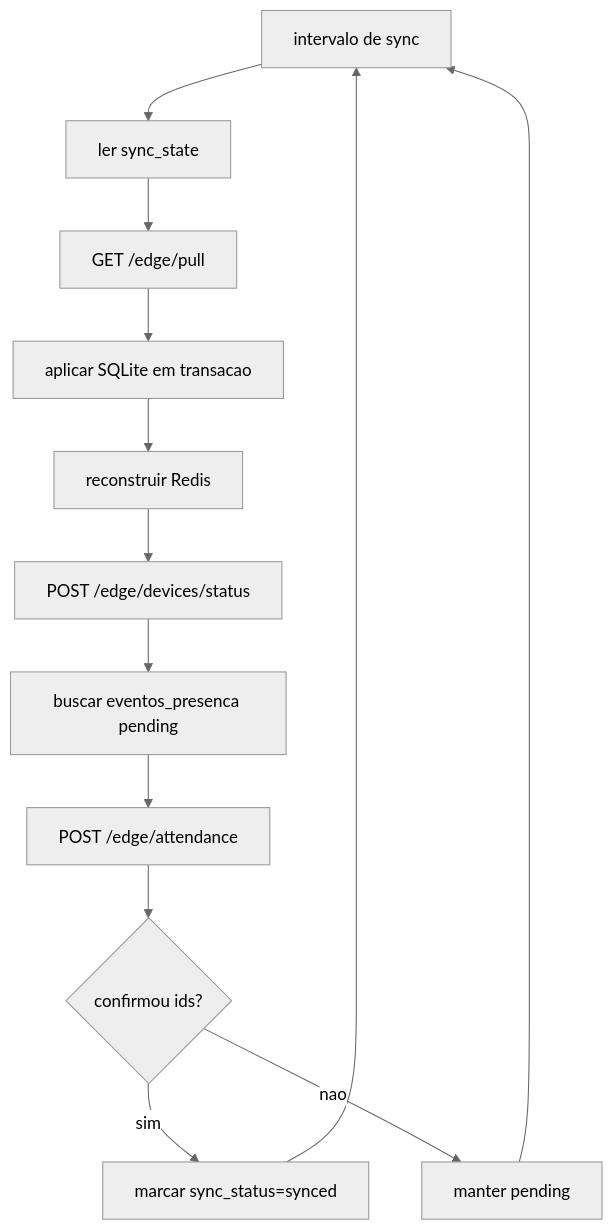
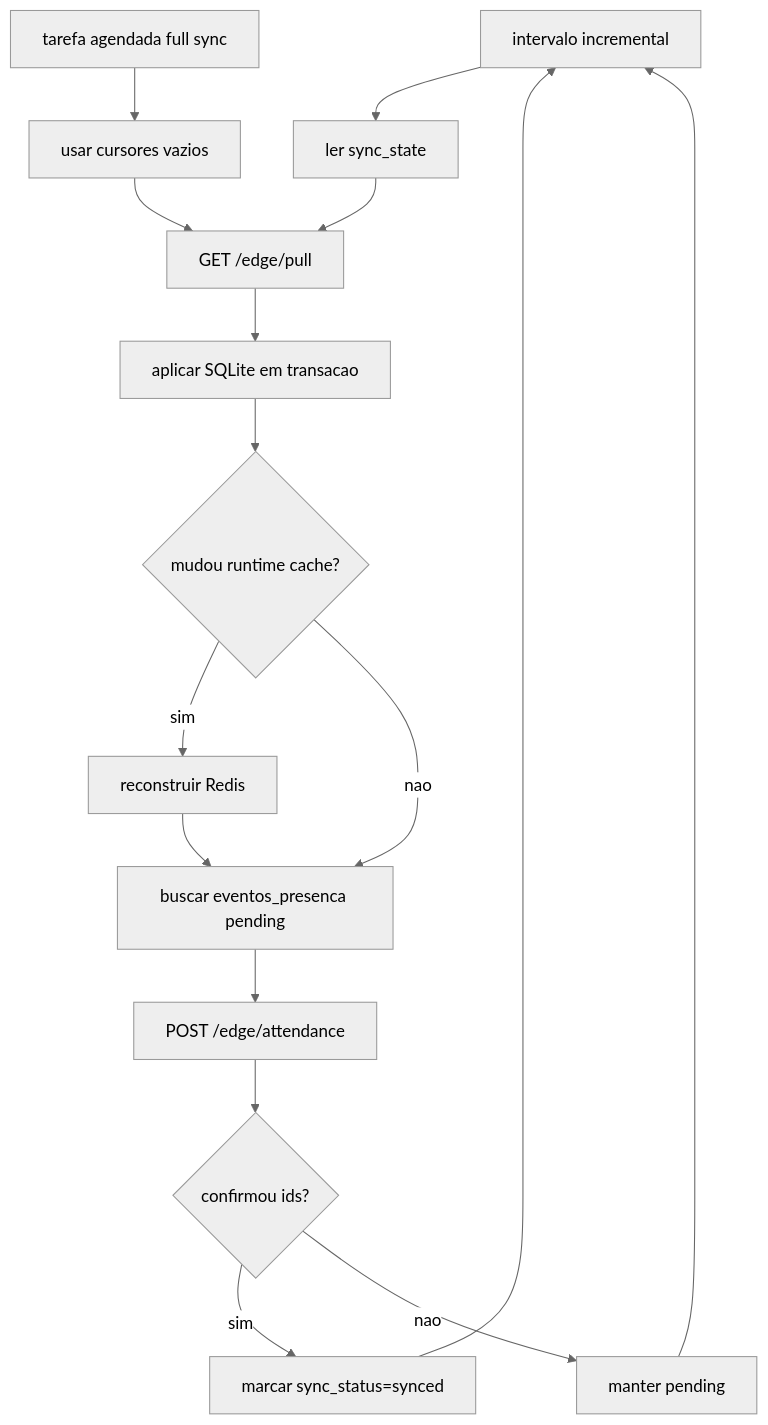
Before and after one commit to DanielKGM/autoponto-edgenode: the fourth of 5 diagrams in README.md, drawn with Mermaid (neutral theme). The commit also changed other lines of this file and 14 other files, not shown here.

````diff
--- a/README.md
+++ b/README.md
@@ -380,15 +360,18 @@
 ```mermaid
 flowchart TD
-  Timer[intervalo de sync] --> Cursors[ler sync_state]
+  Timer[intervalo incremental] --> Cursors[ler sync_state]
+  Cron[tarefa agendada full sync] --> Empty[usar cursores vazios]
   Cursors --> Pull[GET /edge/pull]
+  Empty --> Pull
   Pull --> Tx[aplicar SQLite em transacao]
-  Tx --> Cache[reconstruir Redis]
-  Cache --> Status[POST /edge/devices/status]
-  Status --> Pending[buscar eventos_presenca pending]
+  Tx --> Changed{mudou runtime cache?}
+  Changed -->|sim| Cache[reconstruir Redis]
+  Changed -->|nao| Pending[buscar eventos_presenca pending]
+  Cache --> Pending
   Pending --> Push[POST /edge/attendance]
   Push --> Confirm{confirmou ids?}
   Confirm -->|sim| Synced[marcar sync_status=synced]
   Confirm -->|nao| Retry[manter pending]
   Synced --> Timer
   Retry --> Timer
 ```
````
